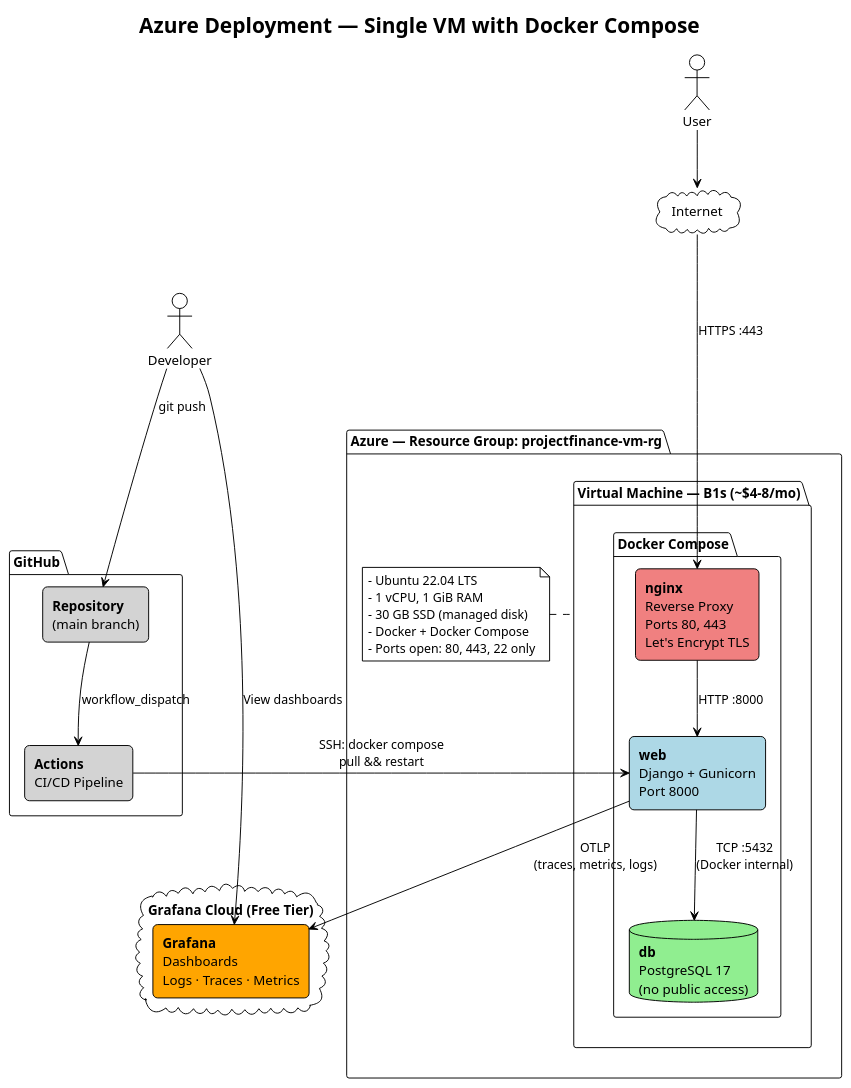
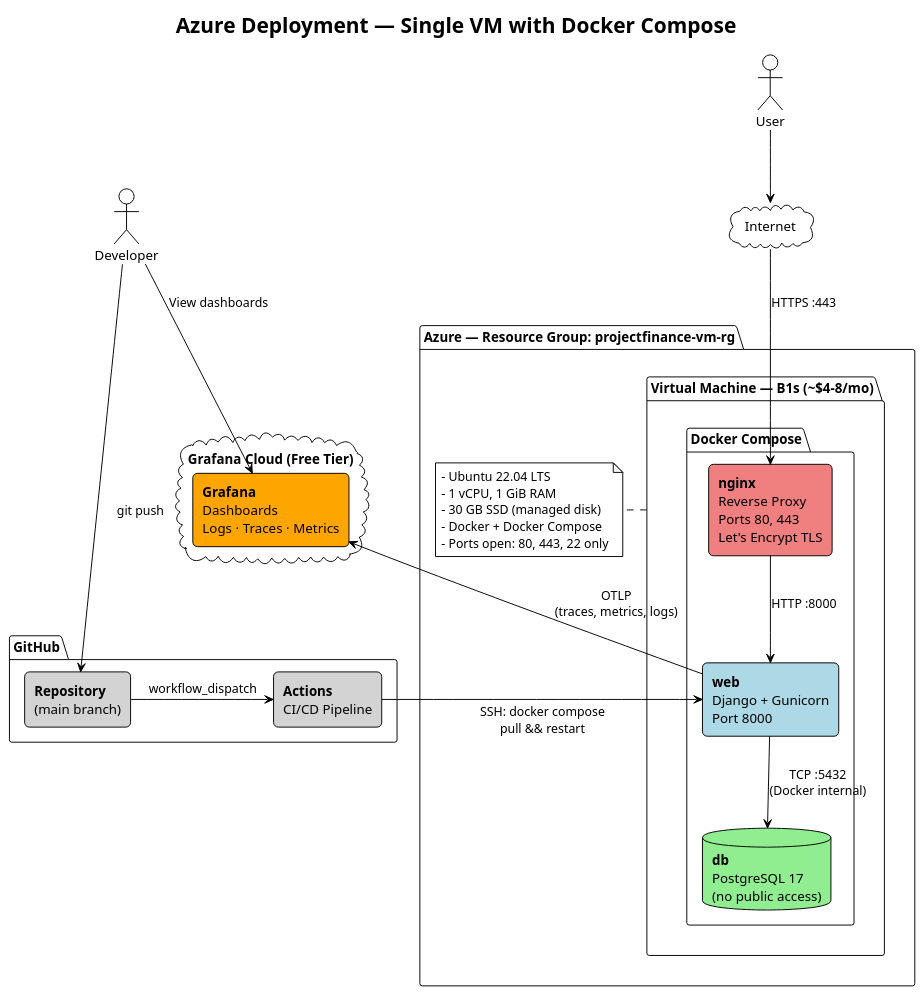
Before and after one commit to jcaraya93/ProjectFinance: the diagram in docs/infrastructure/azure-deployment-simple.puml, drawn with PlantUML.

Commit message:
Update simple deployment diagram layout

```diff
--- a/docs/infrastructure/azure-deployment-simple.puml
+++ b/docs/infrastructure/azure-deployment-simple.puml
@@ -1,58 +1,58 @@
 @startuml azure-deployment-simple
 !theme plain
 title Azure Deployment — Single VM with Docker Compose
 
 skinparam rectangle {
   RoundCorner 10
 }
 
 actor "User" as user
 actor "Developer" as dev
 
 cloud "Internet" as internet
 
 package "GitHub" {
   rectangle "**Repository**\n(main branch)" as repo #LightGray
   rectangle "**Actions**\nCI/CD Pipeline" as actions #LightGray
 }
 
 cloud "Grafana Cloud (Free Tier)" {
   rectangle "**Grafana**\nDashboards\nLogs · Traces · Metrics" as grafana #Orange
 }
 
 package "Azure — Resource Group: projectfinance-vm-rg" {
 
   package "Virtual Machine — B1s (~$4-8/mo)" as vm {
 
     package "Docker Compose" {
       rectangle "**nginx**\nReverse Proxy\nPorts 80, 443\nLet's Encrypt TLS" as nginx #LightCoral
 
       rectangle "**web**\nDjango + Gunicorn\nPort 8000" as webapp #LightBlue
 
       database "**db**\nPostgreSQL 17\n(no public access)" as db #LightGreen
     }
   }
 
-  note left of vm
+  note right of vm
     - Ubuntu 22.04 LTS
     - 1 vCPU, 1 GiB RAM
     - 30 GB SSD (managed disk)
     - Docker + Docker Compose
     - Ports open: 80, 443, 22 only
   end note
 }
 
 user --> internet
-internet ---> nginx : "HTTPS :443"
+internet --> nginx : "HTTPS :443"
 
-dev --> repo : "git push"
-repo --> actions : "workflow_dispatch"
-actions -right-> webapp : "SSH: docker compose\npull && restart"
+dev -> repo : "git push"
+repo -> actions : "workflow_dispatch"
+actions -> webapp : "SSH: docker compose\npull && restart"
 
 nginx --> webapp : "HTTP :8000"
 webapp --> db : "TCP :5432\n(Docker internal)"
-webapp --> grafana : "OTLP\n(traces, metrics, logs)"
+webapp -up-> grafana : "OTLP\n(traces, metrics, logs)"
 
 dev --> grafana : "View dashboards"
 
 @enduml
```
